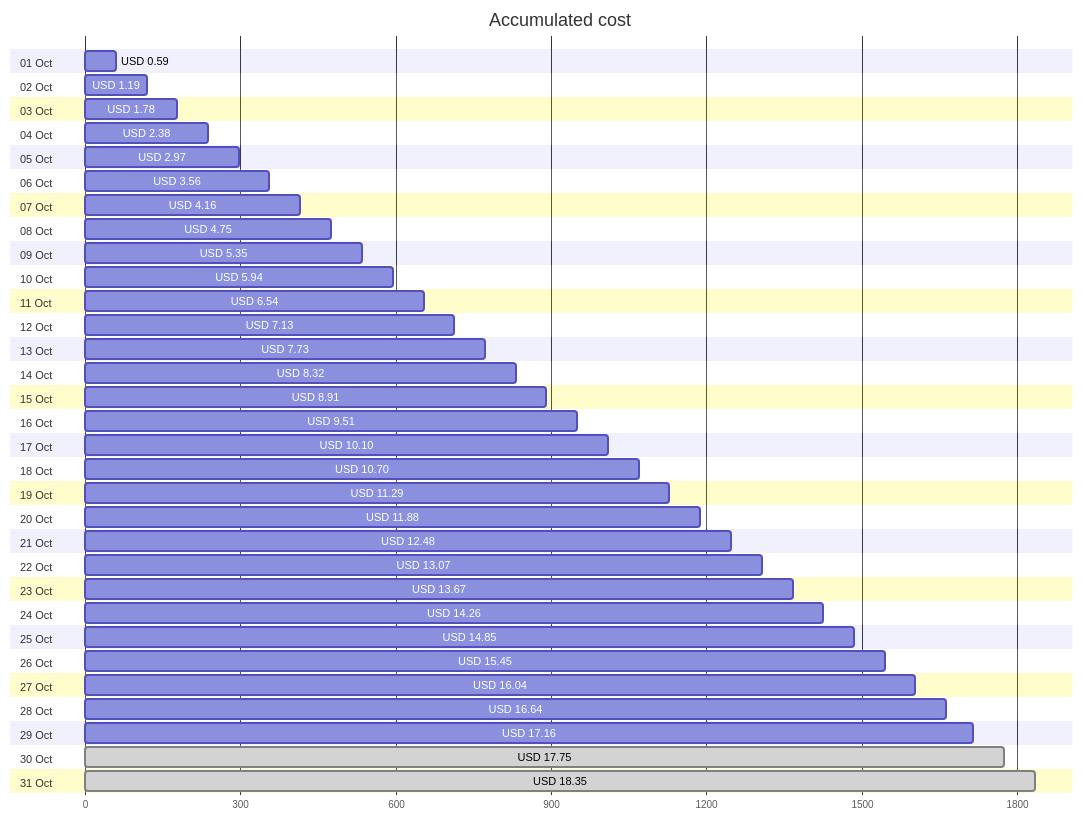
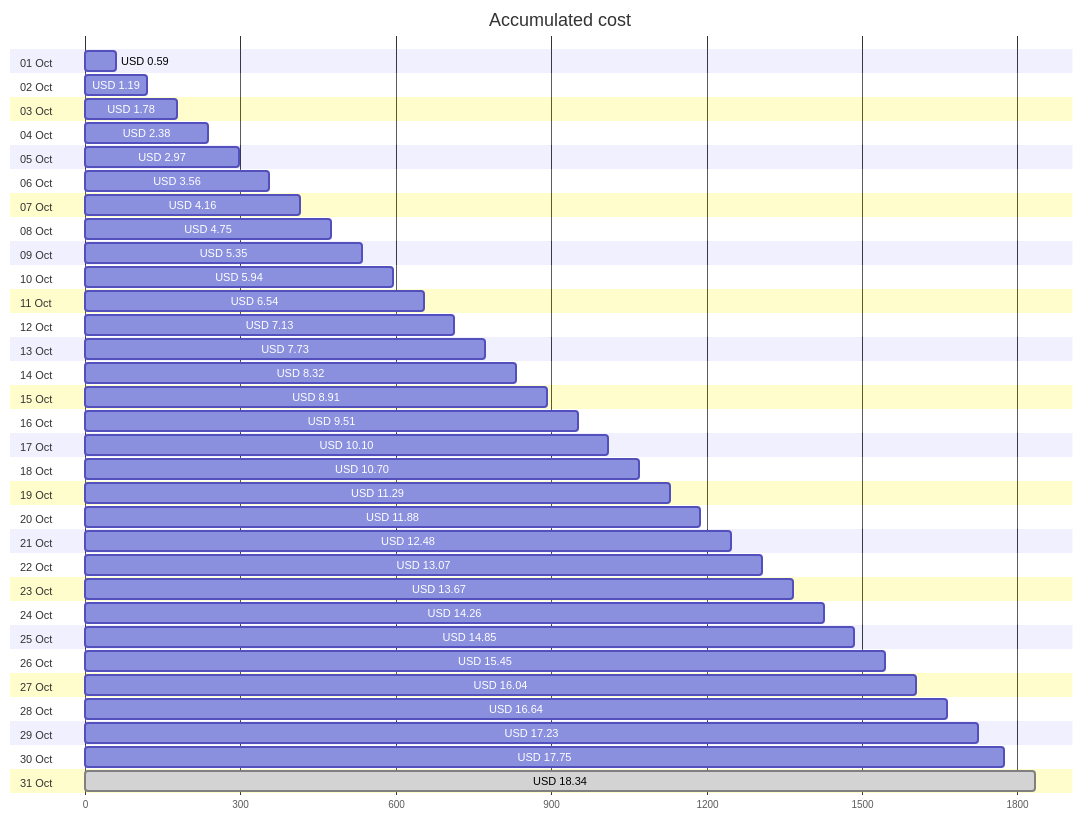
The first of 4 diagrams in cost-reports/personal-site/README.md (jpfulton/azure-personal-reports), drawn with Mermaid before and after one commit. The commit also changed other lines of this file and 7 other files, not shown here.

````diff
--- a/cost-reports/personal-site/README.md
+++ b/cost-reports/personal-site/README.md
@@ -20,68 +20,68 @@
 ```mermaid
 gantt
    title Accumulated cost
    dateFormat  X
    axisFormat %s
    section 01 Oct
    USD 0.59 :0, 59
    section 02 Oct
    USD 1.19 :0, 119
    section 03 Oct
    USD 1.78 :0, 178
    section 04 Oct
    USD 2.38 :0, 238
    section 05 Oct
    USD 2.97 :0, 297
    section 06 Oct
    USD 3.56 :0, 356
    section 07 Oct
    USD 4.16 :0, 416
    section 08 Oct
    USD 4.75 :0, 475
    section 09 Oct
    USD 5.35 :0, 535
    section 10 Oct
    USD 5.94 :0, 594
    section 11 Oct
    USD 6.54 :0, 654
    section 12 Oct
    USD 7.13 :0, 713
    section 13 Oct
    USD 7.73 :0, 773
    section 14 Oct
    USD 8.32 :0, 832
    section 15 Oct
    USD 8.91 :0, 891
    section 16 Oct
    USD 9.51 :0, 951
    section 17 Oct
    USD 10.10 :0, 1010
    section 18 Oct
    USD 10.70 :0, 1070
    section 19 Oct
    USD 11.29 :0, 1129
    section 20 Oct
    USD 11.88 :0, 1188
    section 21 Oct
    USD 12.48 :0, 1248
    section 22 Oct
    USD 13.07 :0, 1307
    section 23 Oct
    USD 13.67 :0, 1367
    section 24 Oct
    USD 14.26 :0, 1426
    section 25 Oct
    USD 14.85 :0, 1485
    section 26 Oct
    USD 15.45 :0, 1545
    section 27 Oct
    USD 16.04 :0, 1604
    section 28 Oct
    USD 16.64 :0, 1664
    section 29 Oct
-   USD 17.16 :0, 1716
+   USD 17.23 :0, 1723
    section 30 Oct
-   USD 17.75 : done, 0, 1775
+   USD 17.75 :0, 1775
    section 31 Oct
-   USD 18.35 : done, 0, 1835
+   USD 18.34 : done, 0, 1834
 ```
````
